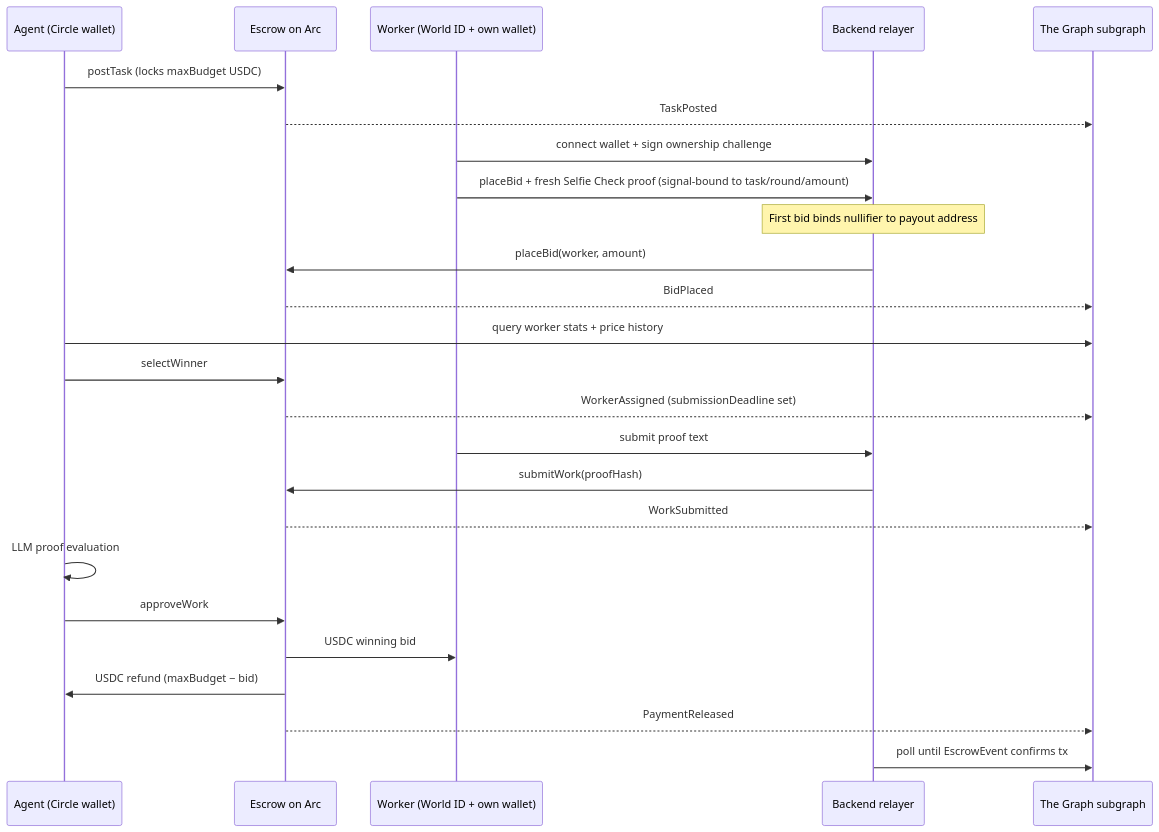
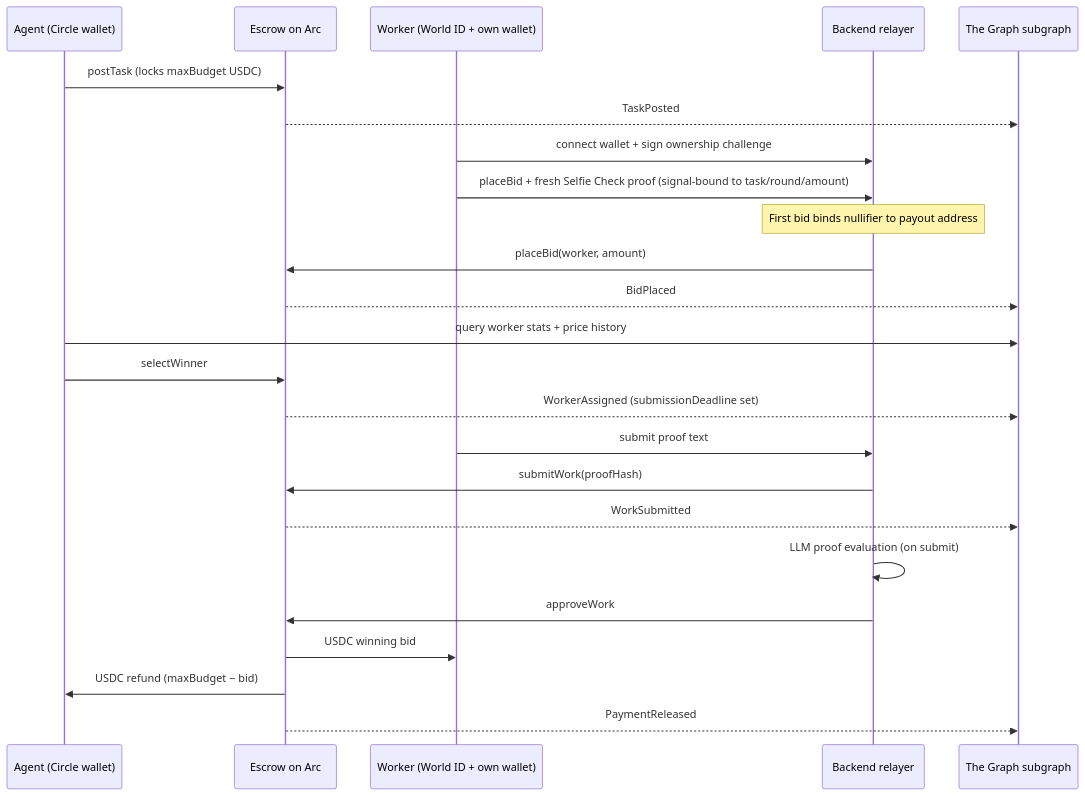
Before and after one commit to Anoop072001/levantate-bridge: the second of 2 diagrams in docs/architecture.md, drawn with Mermaid. The commit also changed other lines of this file and 22 other files, not shown here.

````diff
--- a/docs/architecture.md
+++ b/docs/architecture.md
@@ -64,28 +60,27 @@
 ```mermaid
 sequenceDiagram
   participant A as Agent (Circle wallet)
   participant E as Escrow on Arc
   participant W as Worker (World ID + own wallet)
   participant B as Backend relayer
   participant G as The Graph subgraph
 
   A->>E: postTask (locks maxBudget USDC)
   E-->>G: TaskPosted
   W->>B: connect wallet + sign ownership challenge
   W->>B: placeBid + fresh Selfie Check proof (signal-bound to task/round/amount)
   Note over B: First bid binds nullifier to payout address
   B->>E: placeBid(worker, amount)
   E-->>G: BidPlaced
   A->>G: query worker stats + price history
   A->>E: selectWinner
   E-->>G: WorkerAssigned (submissionDeadline set)
   W->>B: submit proof text
   B->>E: submitWork(proofHash)
   E-->>G: WorkSubmitted
-  A->>A: LLM proof evaluation
-  A->>E: approveWork
+  B->>B: LLM proof evaluation (on submit)
+  B->>E: approveWork
   E->>W: USDC winning bid
   E->>A: USDC refund (maxBudget − bid)
   E-->>G: PaymentReleased
-  B->>G: poll until EscrowEvent confirms tx
 ```
````
